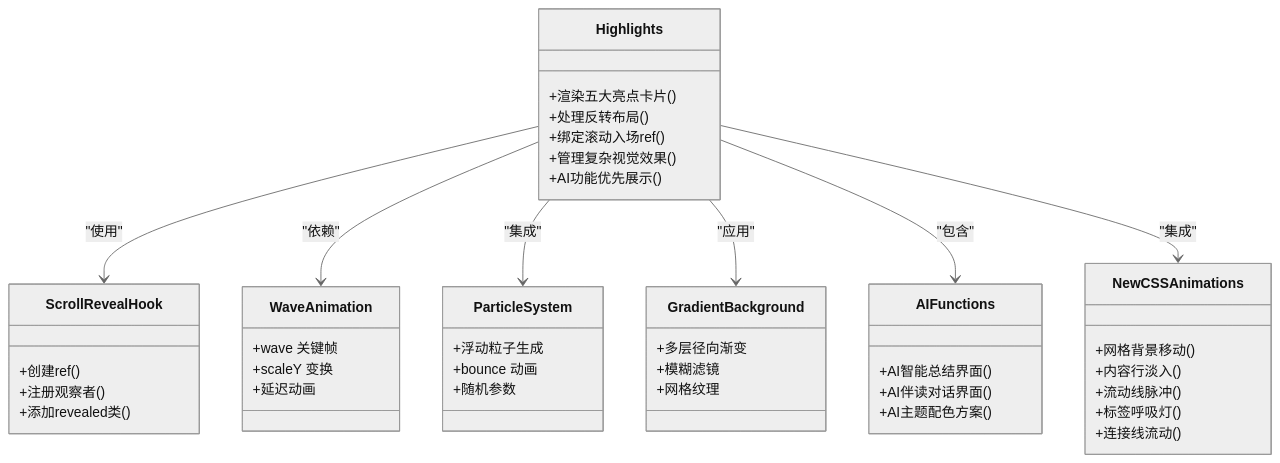
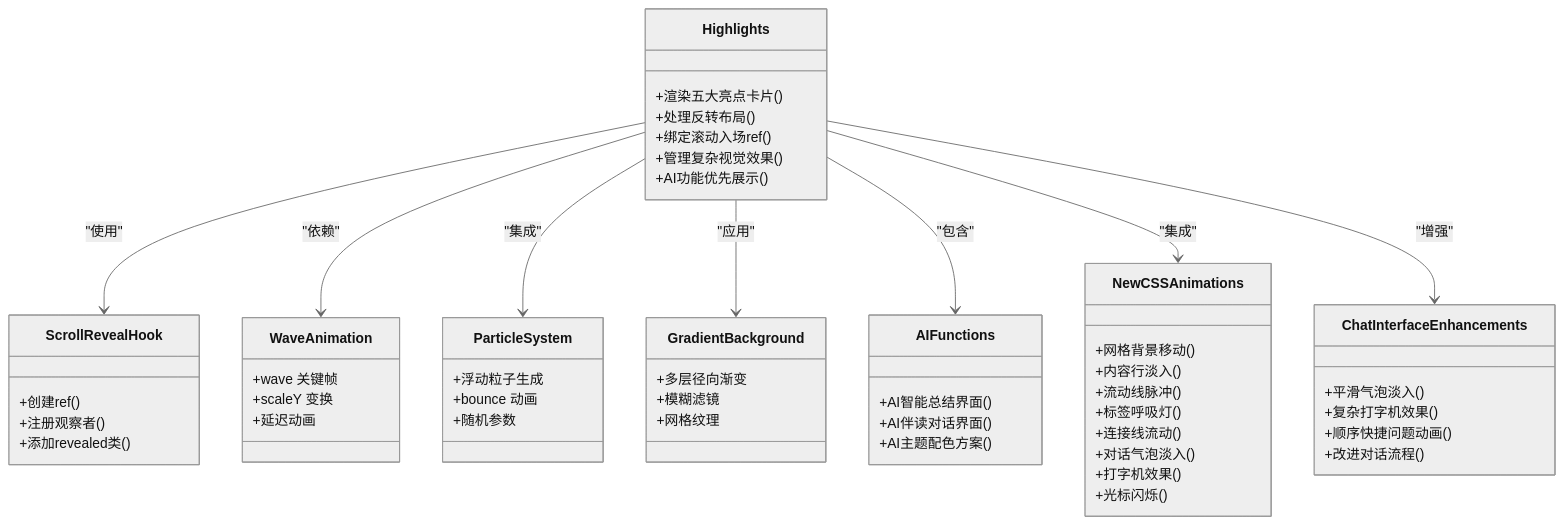
The fourth of 5 diagrams in .qoder/repowiki/zh/content/架构设计/组件架构/页面组件/Highlights组件.md (Primoguo/naolizhi.cn), drawn with Mermaid (neutral theme) before and after one commit. The commit also changed other lines of this file and 23 other files, not shown here.

````diff
--- a/.qoder/repowiki/zh/content/架构设计/组件架构/页面组件/Highlights组件.md
+++ b/.qoder/repowiki/zh/content/架构设计/组件架构/页面组件/Highlights组件.md
@@ -244,48 +268,58 @@
 ```mermaid
 classDiagram
 class Highlights {
 +渲染五大亮点卡片()
 +处理反转布局()
 +绑定滚动入场ref()
 +管理复杂视觉效果()
 +AI功能优先展示()
 }
 class ScrollRevealHook {
 +创建ref()
 +注册观察者()
 +添加revealed类()
 }
 class WaveAnimation {
 +wave 关键帧
 +scaleY 变换
 +延迟动画
 }
 class ParticleSystem {
 +浮动粒子生成
 +bounce 动画
 +随机参数
 }
 class GradientBackground {
 +多层径向渐变
 +模糊滤镜
 +网格纹理
 }
 class AIFunctions {
 +AI智能总结界面()
 +AI伴读对话界面()
 +AI主题配色方案()
 }
 class NewCSSAnimations {
 +网格背景移动()
 +内容行淡入()
 +流动线脉冲()
 +标签呼吸灯()
 +连接线流动()
++对话气泡淡入()
++打字机效果()
++光标闪烁()
+}
+class ChatInterfaceEnhancements {
++平滑气泡淡入()
++复杂打字机效果()
++顺序快捷问题动画()
++改进对话流程()
 }
 Highlights --> ScrollRevealHook : "使用"
 Highlights --> WaveAnimation : "依赖"
 Highlights --> ParticleSystem : "集成"
 Highlights --> GradientBackground : "应用"
 Highlights --> AIFunctions : "包含"
 Highlights --> NewCSSAnimations : "集成"
+Highlights --> ChatInterfaceEnhancements : "增强"
 ```
````
